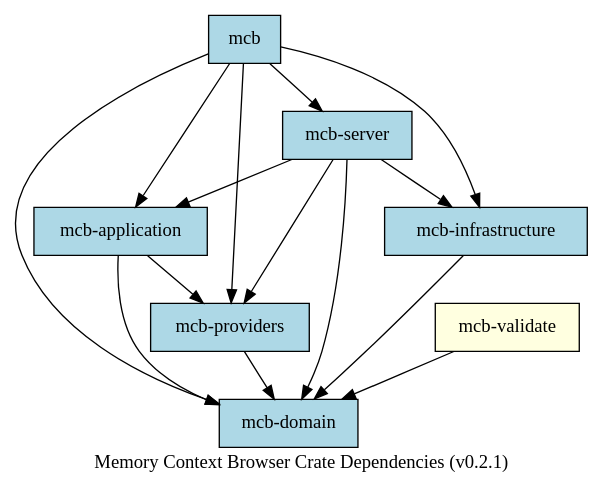
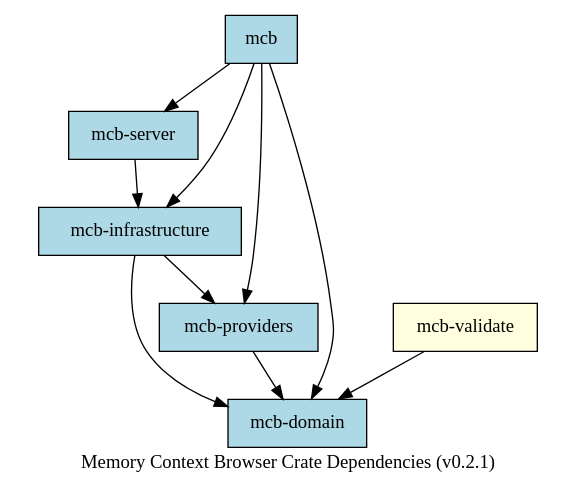
Before and after one commit to marlonsc/mcb: the diagram in docs/modules/dependencies.md, drawn with Graphviz. The commit also changed other lines of this file and 14 other files, not shown here.

First line of the commit message:
docs: update all markdown and rules files for 4-layer architecture

````diff
--- a/docs/modules/dependencies.md
+++ b/docs/modules/dependencies.md
@@ -8,29 +8,24 @@
 ```dot
 digraph {
     rankdir=TB;
     node [shape=box, style=filled, fillcolor=lightblue];
 
     "mcb" -> "mcb-server";
-    "mcb" -> "mcb-application";
     "mcb" -> "mcb-domain";
     "mcb" -> "mcb-infrastructure";
     "mcb" -> "mcb-providers";
 
-    "mcb-server" -> "mcb-application";
-    "mcb-server" -> "mcb-domain";
     "mcb-server" -> "mcb-infrastructure";
-    "mcb-server" -> "mcb-providers";
 
-    "mcb-application" -> "mcb-domain";
-    "mcb-application" -> "mcb-providers";
+    "mcb-infrastructure" -> "mcb-providers";
+
+    "mcb-providers" -> "mcb-domain";
 
     "mcb-infrastructure" -> "mcb-domain";
-
-    "mcb-providers" -> "mcb-domain";
 
     "mcb-validate" [fillcolor=lightyellow];
     "mcb-validate" -> "mcb-domain";
 
     label="Memory Context Browser Crate Dependencies (v0.2.1)";
 }
 ```
````
